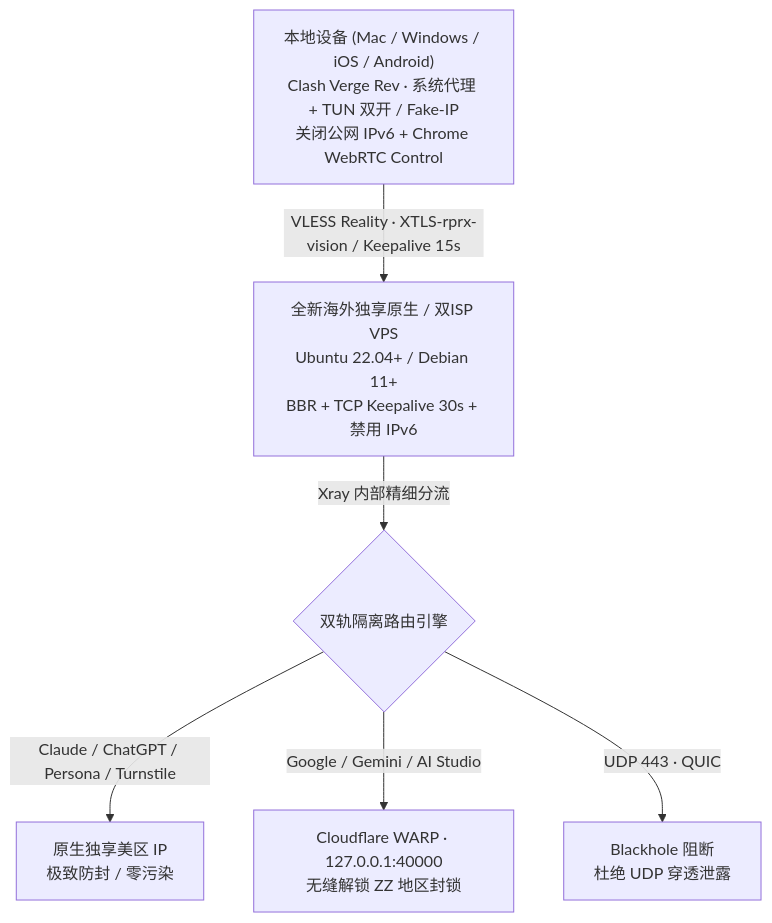
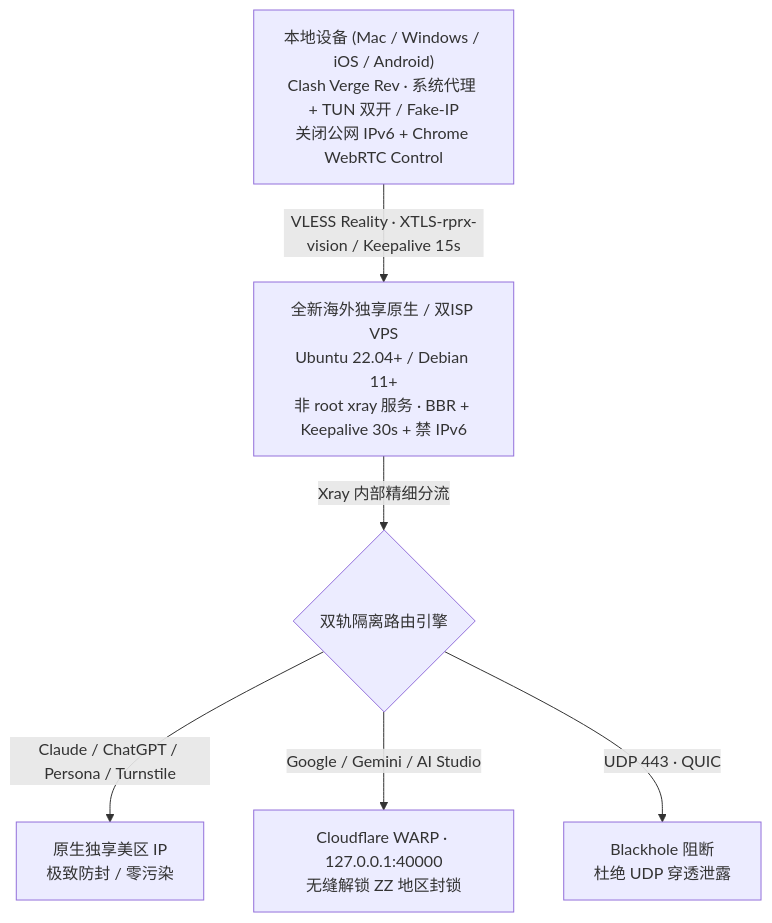
Before and after one commit to BigDataScholar/claude-antiban-network: the diagram in README.md, drawn with Mermaid. The commit also changed other lines of this file and 4 other files, not shown here.

````diff
--- a/README.md
+++ b/README.md
@@ -23,9 +23,9 @@
 ```mermaid
 flowchart TD
-    Client["本地设备 (Mac / Windows / iOS / Android)<br/>Clash Verge Rev · 系统代理 + TUN 双开 / Fake-IP<br/>关闭公网 IPv6 + Chrome WebRTC Control"] -->|"VLESS Reality · XTLS-rprx-vision / Keepalive 15s"| VPS["全新海外独享原生 / 双ISP VPS<br/>Ubuntu 22.04+ / Debian 11+<br/>BBR + TCP Keepalive 30s + 禁用 IPv6"]
+    Client["本地设备 (Mac / Windows / iOS / Android)<br/>Clash Verge Rev · 系统代理 + TUN 双开 / Fake-IP<br/>关闭公网 IPv6 + Chrome WebRTC Control"] -->|"VLESS Reality · XTLS-rprx-vision / Keepalive 15s"| VPS["全新海外独享原生 / 双ISP VPS<br/>Ubuntu 22.04+ / Debian 11+<br/>非 root xray 服务 · BBR + Keepalive 30s + 禁 IPv6"]
 
     VPS -->|"Xray 内部精细分流"| Router{"双轨隔离路由引擎"}
     Router -->|"Claude / ChatGPT / Persona / Turnstile"| Direct["原生独享美区 IP<br/>极致防封 / 零污染"]
     Router -->|"Google / Gemini / AI Studio"| WARP["Cloudflare WARP · 127.0.0.1:40000<br/>无缝解锁 ZZ 地区封锁"]
     Router -->|"UDP 443 · QUIC"| Block["Blackhole 阻断<br/>杜绝 UDP 穿透泄露"]
 ```
````
